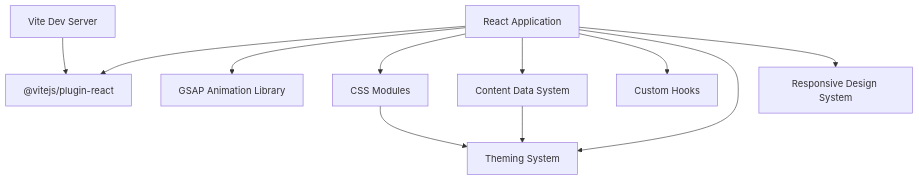
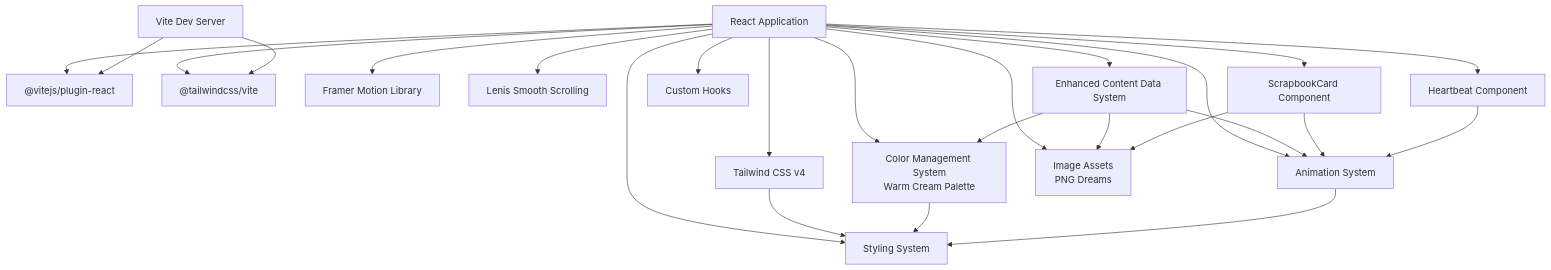
The tenth of 10 diagrams in .qoder/repowiki/en/content/Application Architecture.md (rakeshmaity271/frankie-picasso), drawn with Mermaid before and after one commit. The commit also changed other lines of this file and 38 other files, not shown here.

````diff
--- a/.qoder/repowiki/en/content/Application Architecture.md
+++ b/.qoder/repowiki/en/content/Application Architecture.md
@@ -705,22 +866,42 @@
 ```mermaid
 graph TB
 ReactApp["React Application"]
 Vite["Vite Dev Server"]
 ReactPlugin["@vitejs/plugin-react"]
-GSAP["GSAP Animation Library"]
-CSSModules["CSS Modules"]
-ContentData["Content Data System"]
+TailwindPlugin["@tailwindcss/vite"]
+FramerMotion["Framer Motion Library"]
+Lenis["Lenis Smooth Scrolling"]
+TailwindCSS["Tailwind CSS v4"]
+ContentData["Enhanced Content Data System"]
 Hooks["Custom Hooks"]
-ThemingSystem["Theming System"]
-ResponsiveDesign["Responsive Design System"]
+ColorSystem["Color Management System<br/>Warm Cream Palette"]
+AnimationSystem["Animation System"]
+StylingSystem["Styling System"]
+ImageAssets["Image Assets<br/>PNG Dreams"]
+ScrapbookCard["ScrapbookCard Component"]
+Heartbeat["Heartbeat Component"]
 ReactApp --> ReactPlugin
-ReactApp --> GSAP
-ReactApp --> CSSModules
+ReactApp --> TailwindPlugin
+ReactApp --> FramerMotion
+ReactApp --> Lenis
+ReactApp --> TailwindCSS
 ReactApp --> ContentData
 ReactApp --> Hooks
-ReactApp --> ThemingSystem
-ReactApp --> ResponsiveDesign
+ReactApp --> ColorSystem
+ReactApp --> AnimationSystem
+ReactApp --> StylingSystem
+ReactApp --> ImageAssets
+ReactApp --> ScrapbookCard
+ReactApp --> Heartbeat
 Vite --> ReactPlugin
-ContentData --> ThemingSystem
-CSSModules --> ThemingSystem
+Vite --> TailwindPlugin
+ContentData --> ColorSystem
+ContentData --> AnimationSystem
+ContentData --> ImageAssets
+TailwindCSS --> StylingSystem
+ColorSystem --> StylingSystem
+AnimationSystem --> StylingSystem
+ScrapbookCard --> ImageAssets
+ScrapbookCard --> AnimationSystem
+Heartbeat --> AnimationSystem
 ```
````
